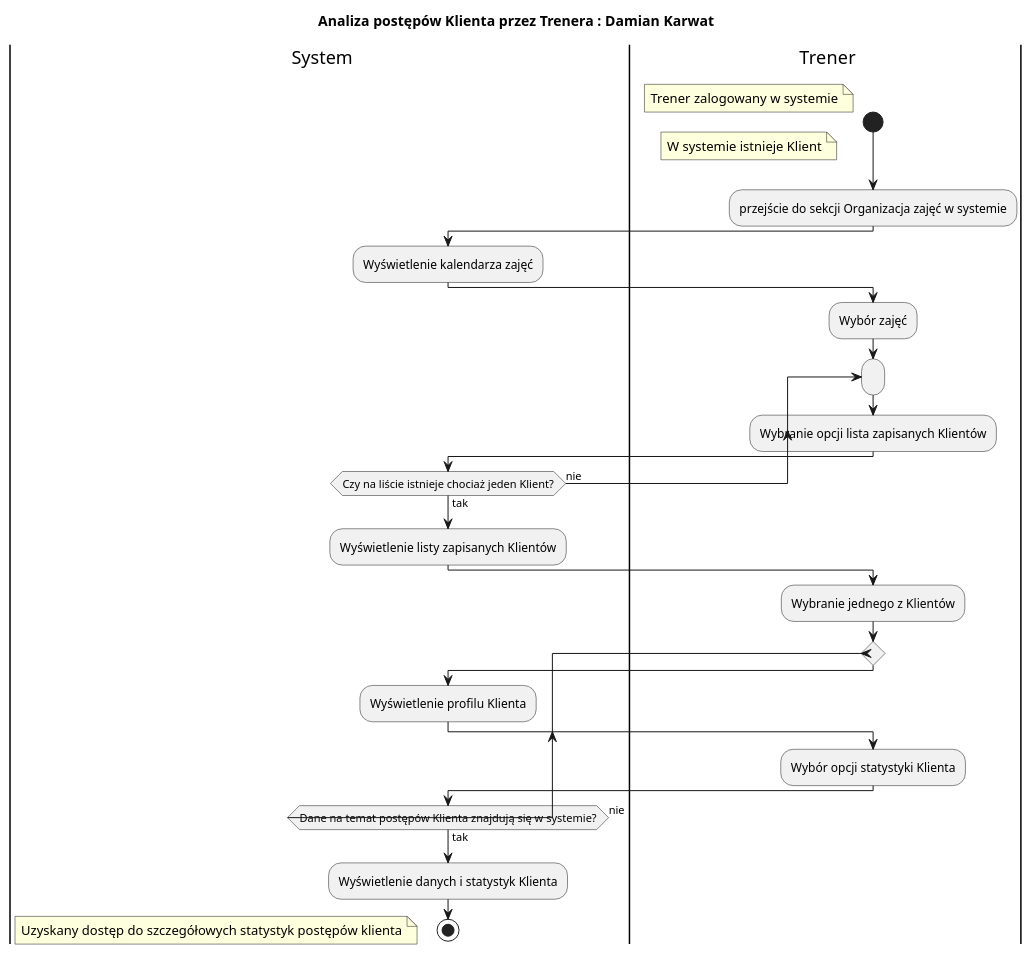
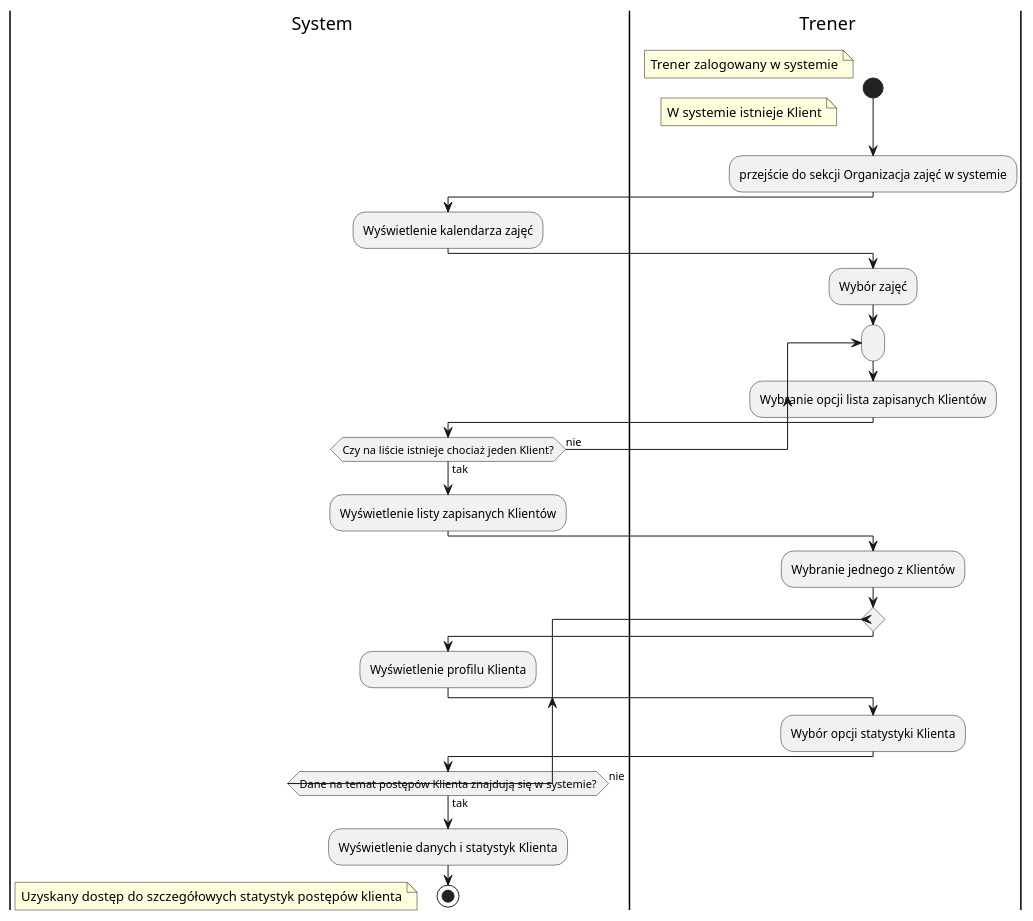
Before and after one commit to filip-stepien/software-engineering-lab: the diagram in src/activity_diagrams/Damian Karwat/analiza_postepow_klienta.puml, drawn with PlantUML. The commit also changed 10 other files, not shown here.

Commit message:
exported the activity diagrams and added them to the html

```diff
--- a/src/activity_diagrams/Damian Karwat/analiza_postepow_klienta.puml
+++ b/src/activity_diagrams/Damian Karwat/analiza_postepow_klienta.puml
@@ -1,32 +1,31 @@
 @startuml
 
-title Analiza postępów Klienta przez Trenera : Damian Karwat
 |s| System
 |t| Trener
 start
 floating note left: Trener zalogowany w systemie
 floating note left: W systemie istnieje Klient
 :przejście do sekcji Organizacja zajęć w systemie;
 |s|
 :Wyświetlenie kalendarza zajęć;
 |t|
 :Wybór zajęć;
 repeat:
     :Wybranie opcji lista zapisanych Klientów;
     |s|
 repeat while (Czy na liście istnieje chociaż jeden Klient?) is (nie) not (tak)
 :Wyświetlenie listy zapisanych Klientów;
 |t|
 :Wybranie jednego z Klientów;
 repeat
 |s|
 :Wyświetlenie profilu Klienta;
 |t|
 :Wybór opcji statystyki Klienta;
 |s|
 repeat while (Dane na temat postępów Klienta znajdują się w systemie?) is (nie) not (tak)
 :Wyświetlenie danych i statystyk Klienta;
 stop
 floating note left: Uzyskany dostęp do szczegółowych statystyk postępów klienta
 
 @enduml
```
